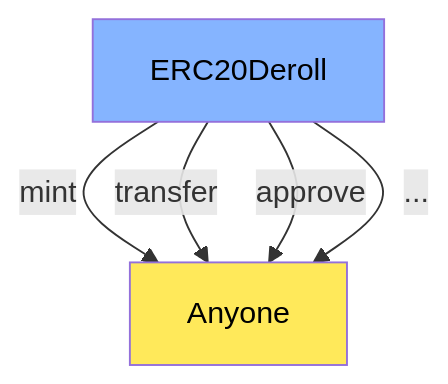
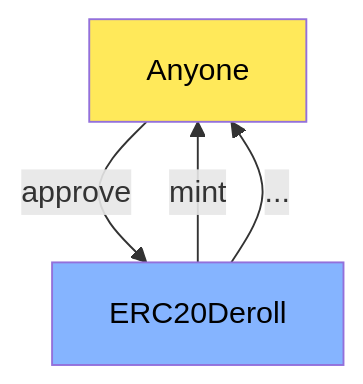
The third of 5 diagrams in contracts/README.md (Mugen-Builders/echo-plus-deroll), drawn with Mermaid before and after one commit. The commit also changed other lines of this file and 15 other files, not shown here.

````diff
--- a/contracts/README.md
+++ b/contracts/README.md
@@ -63,13 +64,12 @@
 ```mermaid
 graph TD
     classDef core fill:#ffe95a,color:#000
     classDef external fill:#85b4ff,color:#000
 
     Anyone:::core
     ERC20Deroll:::external
 
     ERC20Deroll -- mint --> Anyone
-    ERC20Deroll -- transfer --> Anyone
-    ERC20Deroll -- approve --> Anyone
+    Anyone -- approve --> ERC20Deroll
     ERC20Deroll -- ... --> Anyone
 ```
````
